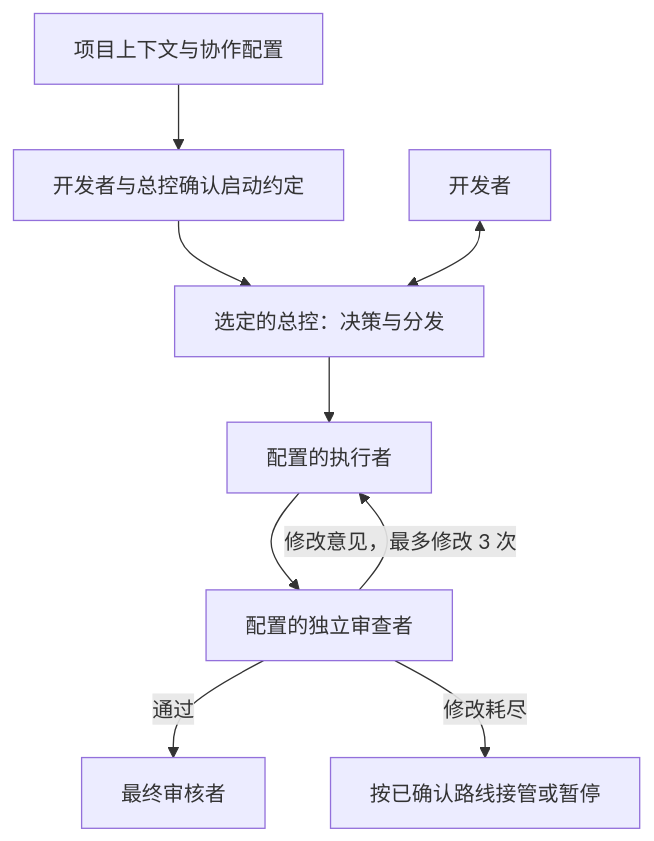
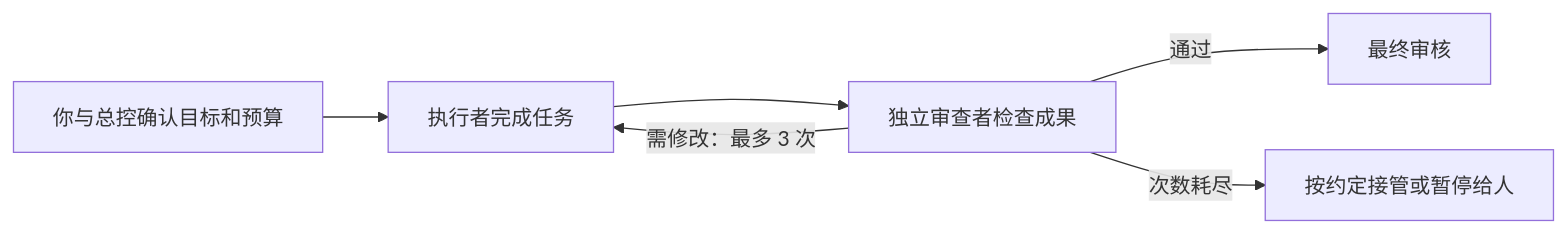
Before and after one commit to jake2ace/multi-model-dev-framework: the diagram in README.md, drawn with Mermaid. The commit also changed other lines of this file and 3 other files, not shown here.

````diff
--- a/README.md
+++ b/README.md
@@ -33,11 +48,8 @@
 ```mermaid
-flowchart TD
-    P[项目上下文与协作配置] --> K[开发者与总控确认启动约定]
-    K --> C[选定的总控：决策与分发]
-    H[开发者] <--> C
-    C --> E[配置的执行者]
-    E --> R[配置的独立审查者]
-    R -->|修改意见，最多修改 3 次| E
-    R -->|通过| F[最终审核者]
-    R -->|修改耗尽| U[按已确认路线接管或暂停]
+flowchart LR
+    H[你与总控确认目标和预算] --> E[执行者完成任务]
+    E --> R[独立审查者检查成果]
+    R -->|需修改：最多 3 次| E
+    R -->|通过| F[最终审核]
+    R -->|次数耗尽| P[按约定接管或暂停给人]
 ```
````
